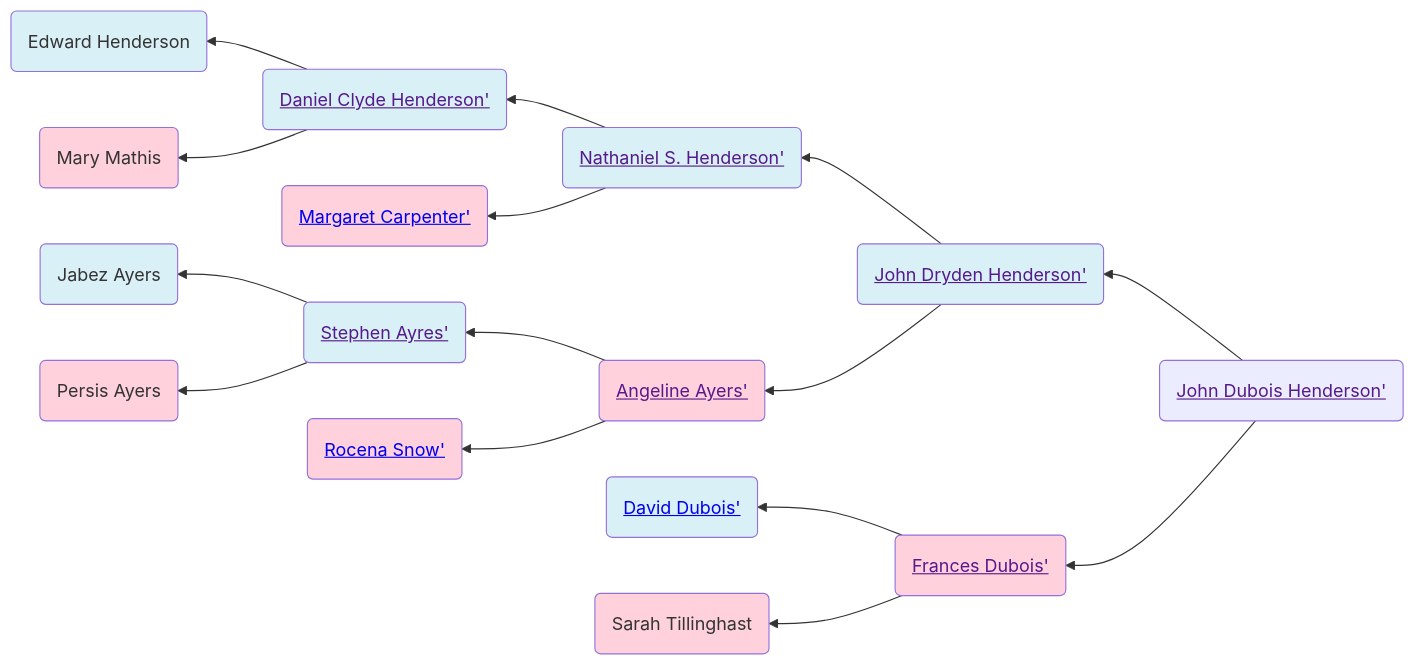
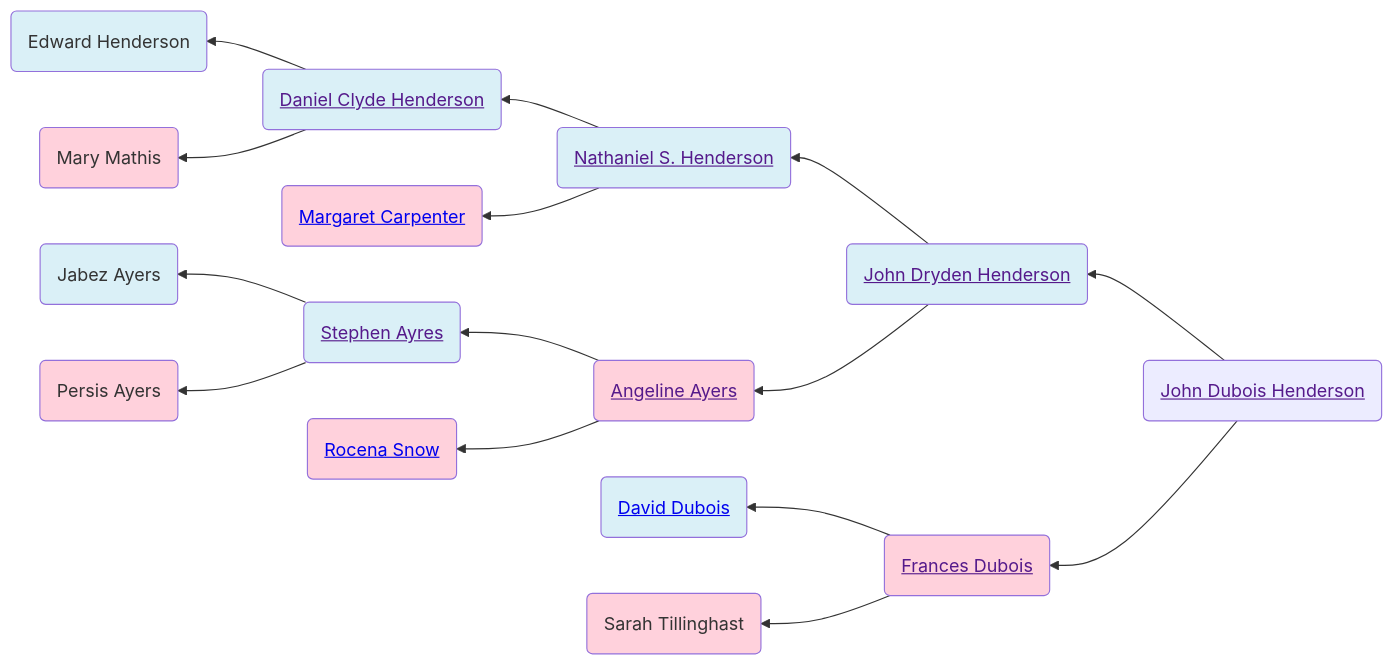
Before and after one commit to neelsmith/avocational: the first of 2 diagrams in familyhistory/sources/people/Henderson-line/John_Dubois_Henderson.qmd, drawn with Mermaid. The commit also changed other lines of this file and 96 other files, not shown here.

````diff
--- a/familyhistory/sources/people/Henderson-line/John_Dubois_Henderson.qmd
+++ b/familyhistory/sources/people/Henderson-line/John_Dubois_Henderson.qmd
@@ -26,36 +26,36 @@
 ```{mermaid}
 graph RL
 %% RL ancestor diagram
-John_Dubois_Henderson(<a href=''>John Dubois Henderson'</>) -->  John_Dryden_Henderson(<a href='./John_Dryden_Henderson.html'>John Dryden Henderson'</>)
-John_Dryden_Henderson(<a href=''>John Dryden Henderson'</>) -->  Nathaniel_S._Henderson(<a href='./Nathaniel_S._Henderson.html'>Nathaniel S. Henderson'</>)
-Nathaniel_S._Henderson(<a href=''>Nathaniel S. Henderson'</>) -->  Daniel_Clyde_Henderson(<a href='./Daniel_Clyde_Henderson.html'>Daniel Clyde Henderson'</>)
-Daniel_Clyde_Henderson(<a href=''>Daniel Clyde Henderson'</>) -->  Edward_Henderson(Edward Henderson)
+John_Dubois_Henderson(<a href=''>John Dubois Henderson</a>) -->  John_Dryden_Henderson(<a href='./John_Dryden_Henderson.html'>John Dryden Henderson</a>)
+John_Dryden_Henderson(<a href=''>John Dryden Henderson</a>) -->  Nathaniel_S._Henderson(<a href='./Nathaniel_S._Henderson.html'>Nathaniel S. Henderson</a>)
+Nathaniel_S._Henderson(<a href=''>Nathaniel S. Henderson</a>) -->  Daniel_Clyde_Henderson(<a href='./Daniel_Clyde_Henderson.html'>Daniel Clyde Henderson</a>)
+Daniel_Clyde_Henderson(<a href=''>Daniel Clyde Henderson</a>) -->  Edward_Henderson(Edward Henderson)
 class Edward_Henderson father
-Daniel_Clyde_Henderson(<a href=''>Daniel Clyde Henderson'</>)  --> Mary_Mathis(Mary Mathis)
+Daniel_Clyde_Henderson(<a href=''>Daniel Clyde Henderson</a>)  --> Mary_Mathis(Mary Mathis)
 class Mary_Mathis mother
 class Daniel_Clyde_Henderson father
-Nathaniel_S._Henderson(<a href=''>Nathaniel S. Henderson'</>)  --> Margaret_Carpenter(<a href='./Carpenter-line/Margaret_Carpenter.html'>Margaret Carpenter'</>)
+Nathaniel_S._Henderson(<a href=''>Nathaniel S. Henderson</a>)  --> Margaret_Carpenter(<a href='./Carpenter-line/Margaret_Carpenter.html'>Margaret Carpenter</a>)
 class Margaret_Carpenter mother
 class Nathaniel_S._Henderson father
-John_Dryden_Henderson(<a href=''>John Dryden Henderson'</>)  --> Angeline_Ayers(<a href='./Ayers-line/Angeline_Ayers.html'>Angeline Ayers'</>)
-Angeline_Ayers(<a href=''>Angeline Ayers'</>) -->  Stephen_Ayres(<a href='./Stephen_Ayres.html'>Stephen Ayres'</>)
-Stephen_Ayres(<a href=''>Stephen Ayres'</>) -->  Jabez_Ayers(Jabez Ayers)
+John_Dryden_Henderson(<a href=''>John Dryden Henderson</a>)  --> Angeline_Ayers(<a href='./Ayers-line/Angeline_Ayers.html'>Angeline Ayers</a>)
+Angeline_Ayers(<a href=''>Angeline Ayers</a>) -->  Stephen_Ayres(<a href='./Stephen_Ayres.html'>Stephen Ayres</a>)
+Stephen_Ayres(<a href=''>Stephen Ayres</a>) -->  Jabez_Ayers(Jabez Ayers)
 class Jabez_Ayers father
-Stephen_Ayres(<a href=''>Stephen Ayres'</>)  --> Persis_Ayers(Persis Ayers)
+Stephen_Ayres(<a href=''>Stephen Ayres</a>)  --> Persis_Ayers(Persis Ayers)
 class Persis_Ayers mother
 class Stephen_Ayres father
-Angeline_Ayers(<a href=''>Angeline Ayers'</>)  --> Rocena_Snow(<a href='./Rocena_Snow.html'>Rocena Snow'</>)
+Angeline_Ayers(<a href=''>Angeline Ayers</a>)  --> Rocena_Snow(<a href='./Rocena_Snow.html'>Rocena Snow</a>)
 class Rocena_Snow mother
 class Angeline_Ayers mother
 class John_Dryden_Henderson father
-John_Dubois_Henderson(<a href=''>John Dubois Henderson'</>)  --> Frances_Dubois(<a href='./Dubois-line/Frances_Dubois.html'>Frances Dubois'</>)
-Frances_Dubois(<a href=''>Frances Dubois'</>) -->  David_Dubois(<a href='./David_Dubois.html'>David Dubois'</>)
+John_Dubois_Henderson(<a href=''>John Dubois Henderson</a>)  --> Frances_Dubois(<a href='./Dubois-line/Frances_Dubois.html'>Frances Dubois</a>)
+Frances_Dubois(<a href=''>Frances Dubois</a>) -->  David_Dubois(<a href='./David_Dubois.html'>David Dubois</a>)
 class David_Dubois father
-Frances_Dubois(<a href=''>Frances Dubois'</>)  --> Sarah_Tillinghast(Sarah Tillinghast)
+Frances_Dubois(<a href=''>Frances Dubois</a>)  --> Sarah_Tillinghast(Sarah Tillinghast)
 class Sarah_Tillinghast mother
 class Frances_Dubois mother
 classDef mother fill:#ffd1dc
 classDef father fill:#daf0f7  
 classDef marriage fill:#ffffff
 
 ```
````
